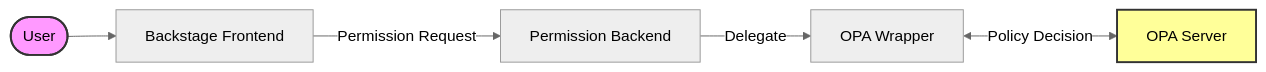
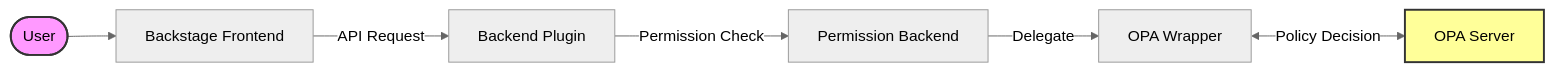
The first of 2 diagrams in opa-docs/docs/opa-permissions-wrapper-module/architecture.md (Parsifal-M/backstage-opa-plugins), drawn with Mermaid (neutral theme) before and after one commit. The commit also changed other lines of this file and 10 other files, not shown here.

````diff
--- a/opa-docs/docs/opa-permissions-wrapper-module/architecture.md
+++ b/opa-docs/docs/opa-permissions-wrapper-module/architecture.md
@@ -7,9 +7,10 @@
 ```mermaid
 graph LR
     User([User]) --> Frontend[Backstage Frontend]
-    Frontend -->|Permission Request| PermBackend[Permission Backend]
+    Frontend -->|API Request| BackendPlugin[Backend Plugin]
+    BackendPlugin -->|Permission Check| PermBackend[Permission Backend]
     PermBackend -->|Delegate| OPAWrapper[OPA Wrapper]
     OPAWrapper <-->|Policy Decision| OPA[OPA Server]
     style User fill:#f9f,stroke:#333,stroke-width:2px
     style OPA fill:#ff9,stroke:#333,stroke-width:2px
 ```
````
